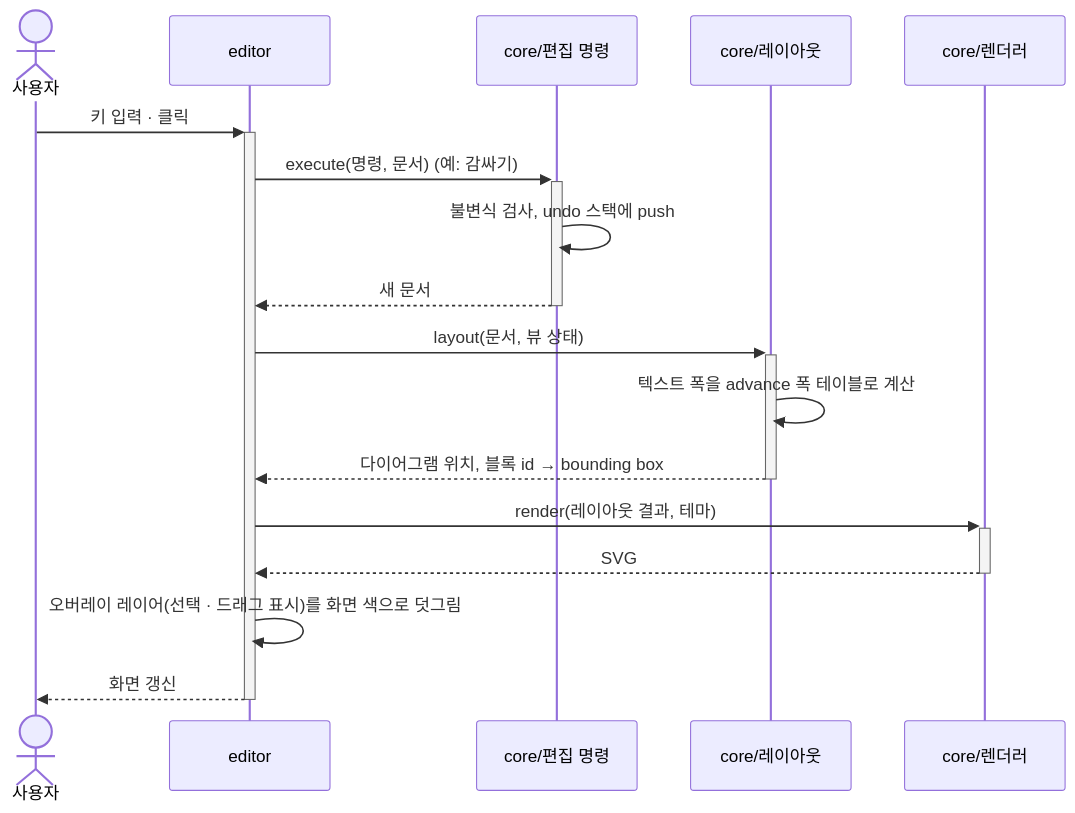
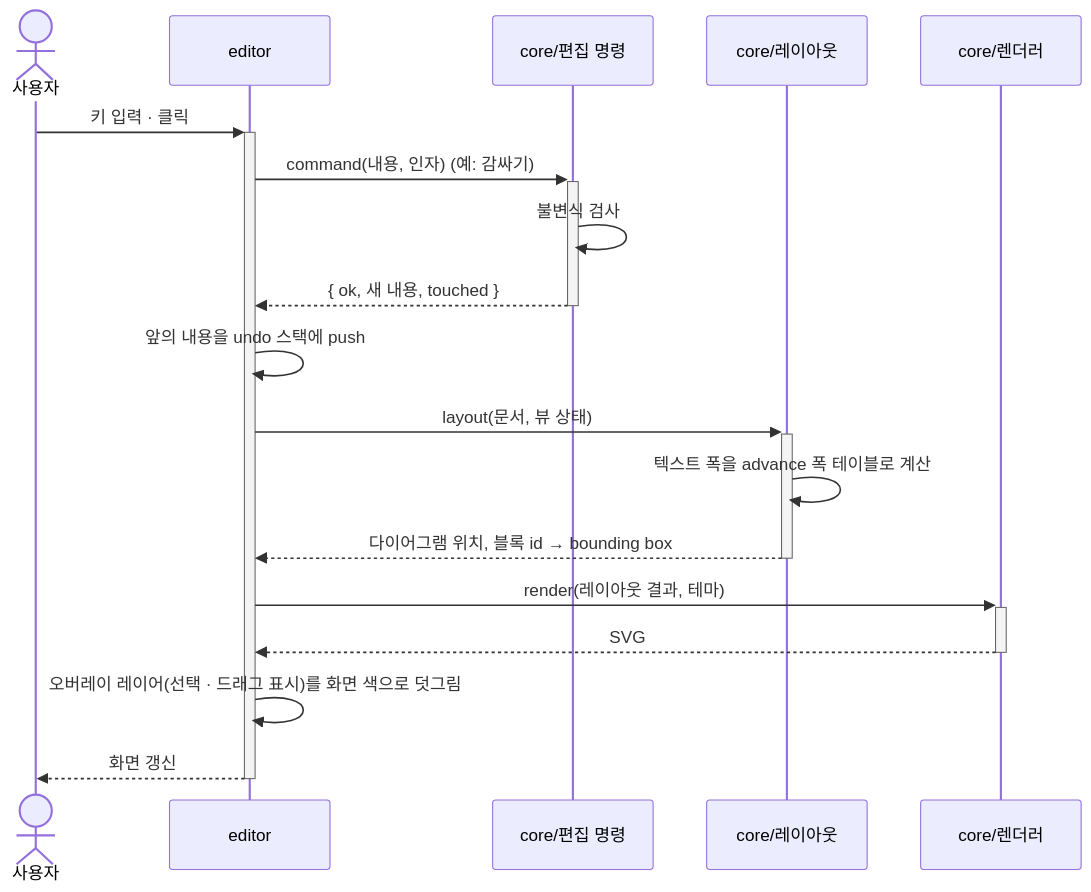
The fifth of 6 diagrams in docs/03-architecture/03-architecture.md (reddiana/AriadneNSD), drawn with Mermaid before and after one commit. The commit also changed other lines of this file and 51 other files, not shown here.

````diff
--- a/docs/03-architecture/03-architecture.md
+++ b/docs/03-architecture/03-architecture.md
@@ -263,19 +269,20 @@
 ```mermaid
 sequenceDiagram
     actor U as 사용자
     participant E as editor
     participant M as core/편집 명령
     participant L as core/레이아웃
     participant R as core/렌더러
     U->>+E: 키 입력 · 클릭
-    E->>+M: execute(명령, 문서) (예: 감싸기)
-    M->>M: 불변식 검사, undo 스택에 push
-    M-->>-E: 새 문서
+    E->>+M: command(내용, 인자) (예: 감싸기)
+    M->>M: 불변식 검사
+    M-->>-E: { ok, 새 내용, touched }
+    E->>E: 앞의 내용을 undo 스택에 push
     E->>+L: layout(문서, 뷰 상태)
     L->>L: 텍스트 폭을 advance 폭 테이블로 계산
     L-->>-E: 다이어그램 위치, 블록 id → bounding box
     E->>+R: render(레이아웃 결과, 테마)
     R-->>-E: SVG
     E->>E: 오버레이 레이어(선택 · 드래그 표시)를 화면 색으로 덧그림
     E-->>-U: 화면 갱신
 ```
````
